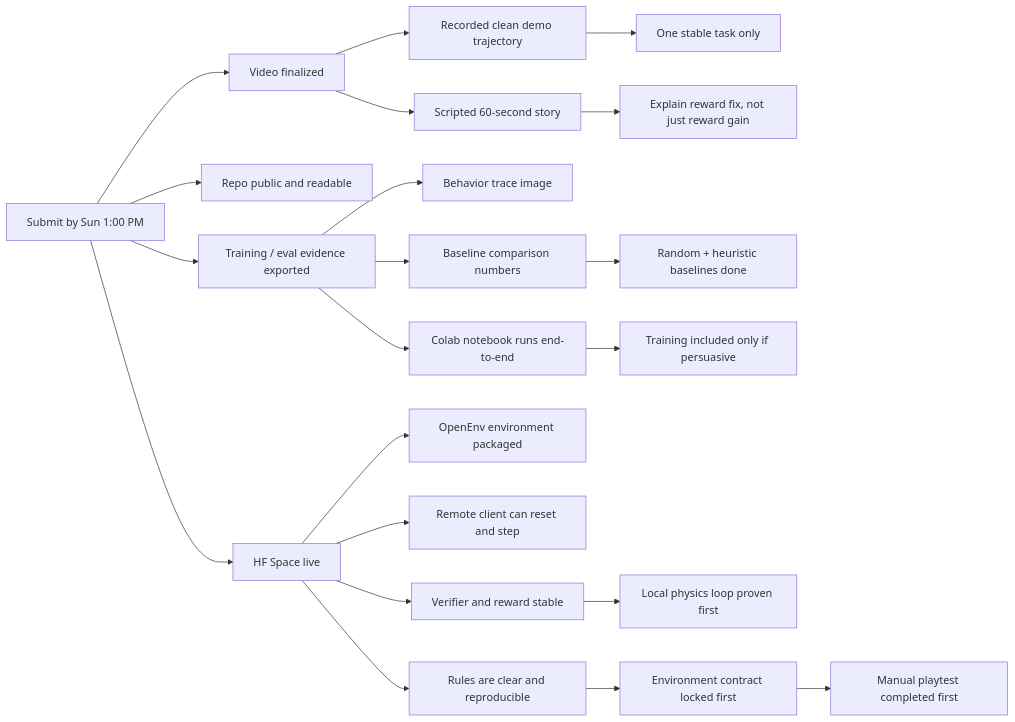
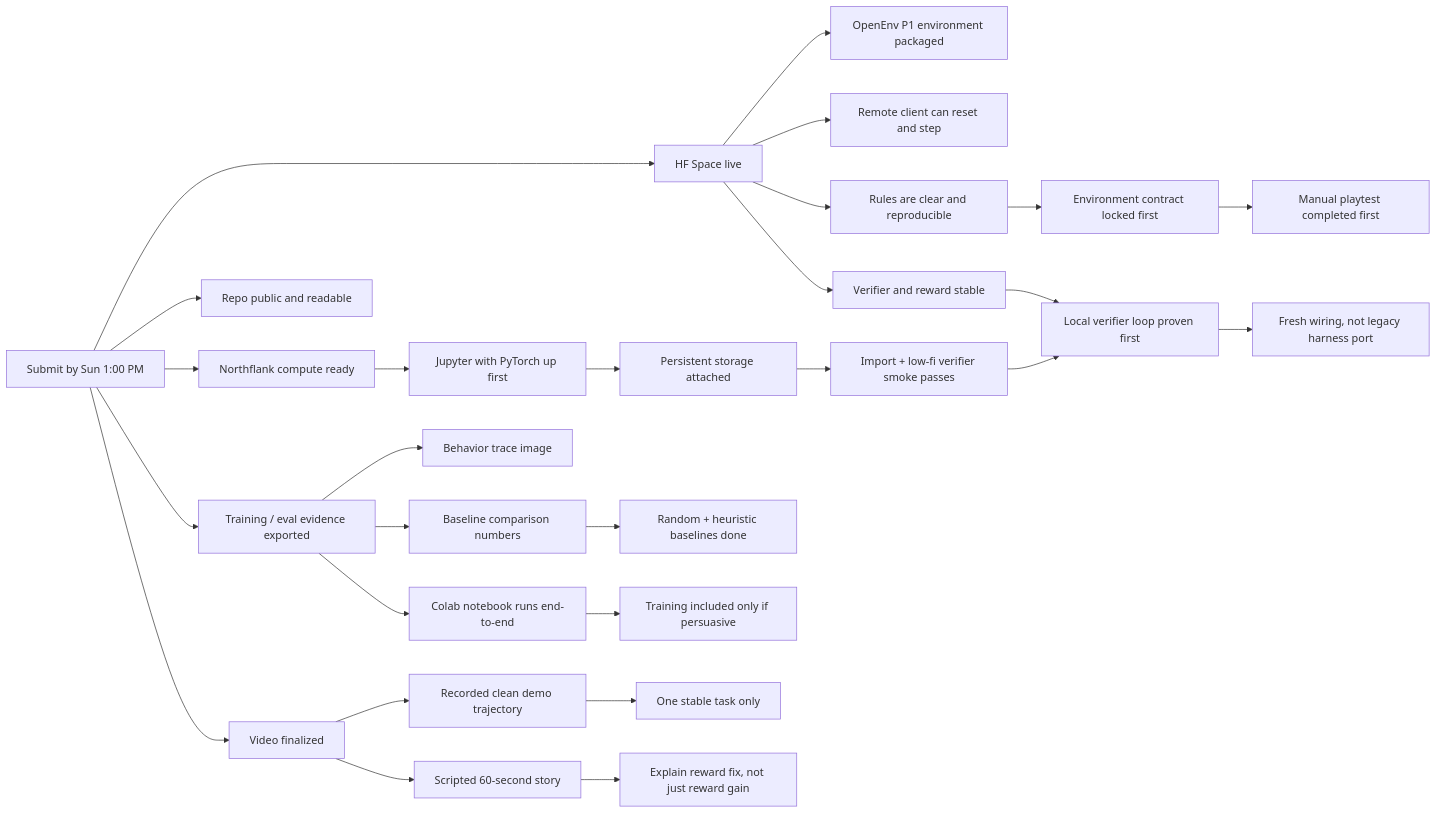
One commit to jungdaesuh/fusion-design-lab changed the second of 2 diagrams in docs/FUSION_DELIVERABLES_MAP.md. Above: the diagram before and after it, drawn with Mermaid. The commit also changed other lines of this file and 12 other files, not shown here.

````diff
--- a/docs/FUSION_DELIVERABLES_MAP.md
+++ b/docs/FUSION_DELIVERABLES_MAP.md
@@ -43,27 +57,33 @@
 ```mermaid
 flowchart LR
     S["Submit by Sun 1:00 PM"] --> V["Video finalized"]
     S --> R["Repo public and readable"]
     S --> T["Training / eval evidence exported"]
     S --> H["HF Space live"]
+    S --> N1["Northflank compute ready"]
 
     V --> V1["Recorded clean demo trajectory"]
     V --> V2["Scripted 60-second story"]
 
     T --> T1["Behavior trace image"]
     T --> T2["Baseline comparison numbers"]
     T --> T3["Colab notebook runs end-to-end"]
 
-    H --> H1["OpenEnv environment packaged"]
+    H --> H1["OpenEnv P1 environment packaged"]
     H --> H2["Remote client can reset and step"]
     H --> H3["Verifier and reward stable"]
     H --> H4["Rules are clear and reproducible"]
 
     H4 --> P["Environment contract locked first"]
+    N1 --> N2["Jupyter with PyTorch up first"]
+    N2 --> N3["Persistent storage attached"]
+    N3 --> N4["Import + low-fi verifier smoke passes"]
+    N4 --> M0
     P --> Q["Manual playtest completed first"]
-    H3 --> M["Local physics loop proven first"]
+    H3 --> M0["Local verifier loop proven first"]
     T2 --> B["Random + heuristic baselines done"]
     T3 --> X["Training included only if persuasive"]
     V1 --> Y["One stable task only"]
     V2 --> Z["Explain reward fix, not just reward gain"]
+    M0 --> N["Fresh wiring, not legacy harness port"]
 ```
````
